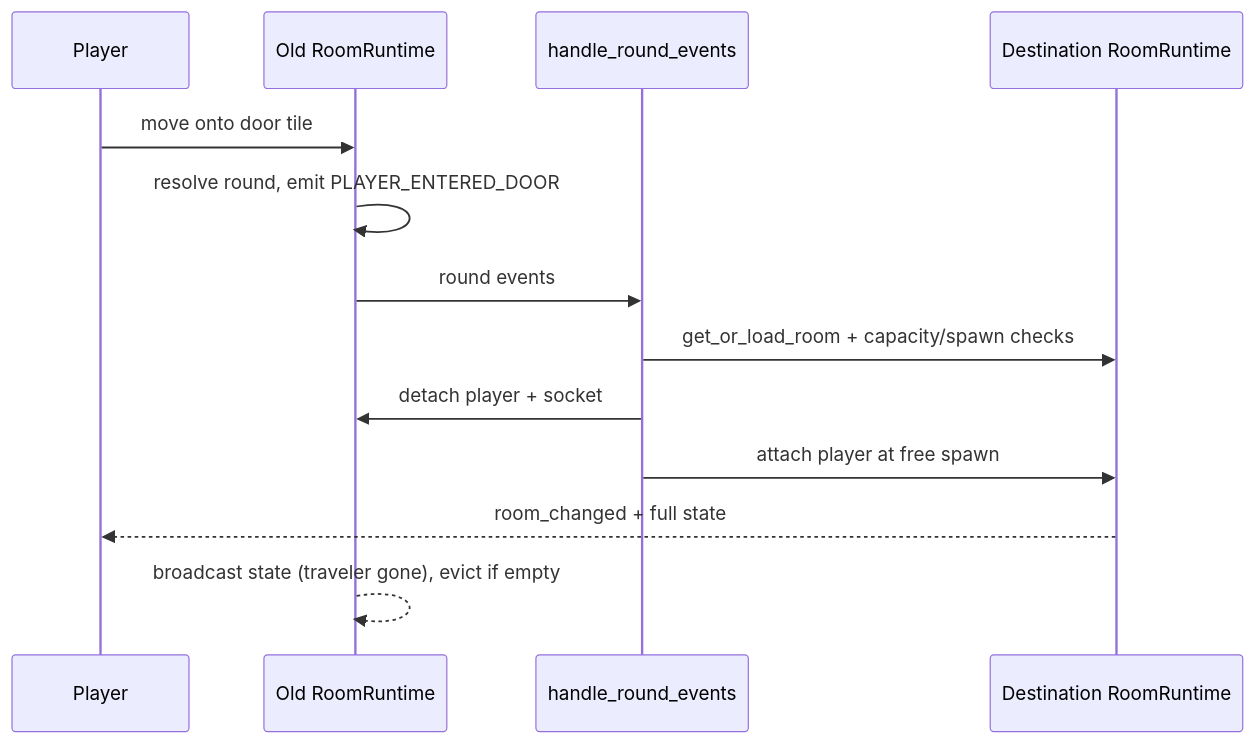
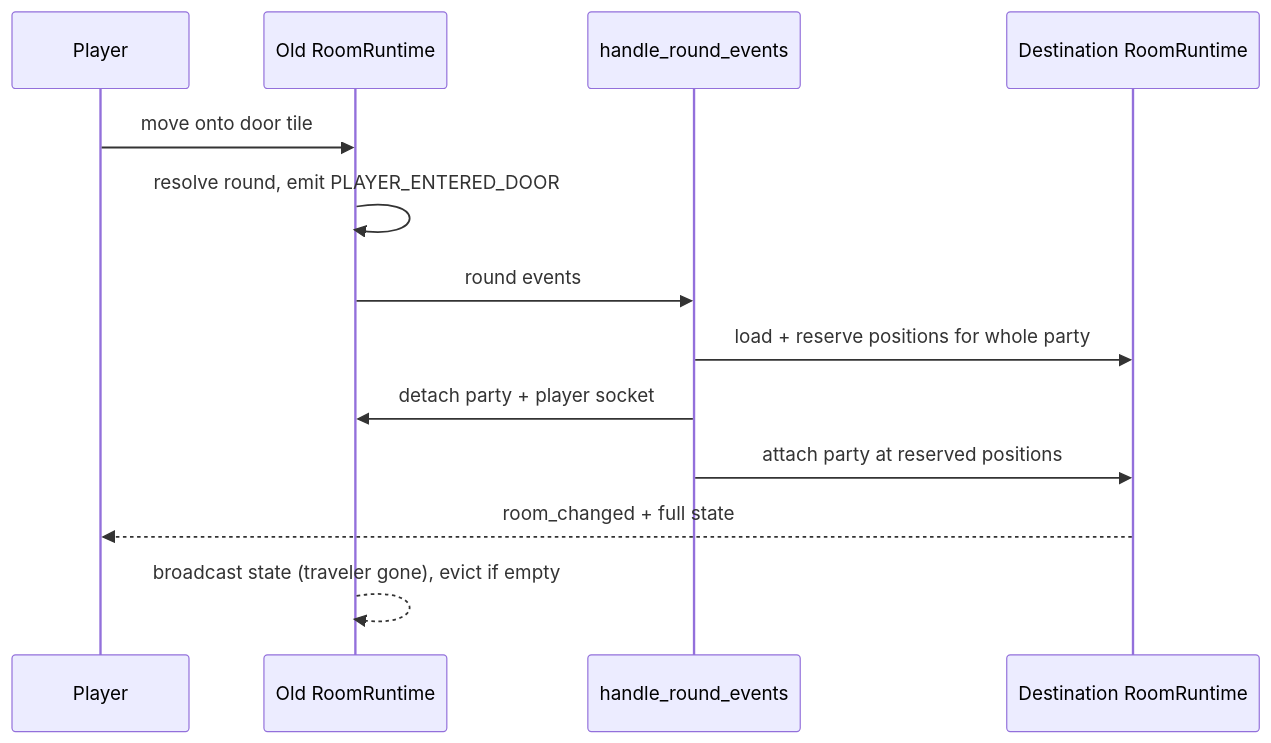
The fifth of 8 diagrams in docs/ARCHITECTURE.md (GoldenWind8/roguelike-mvp), drawn with Mermaid before and after one commit. The commit also changed other lines of this file and 38 other files, not shown here.

````diff
--- a/docs/ARCHITECTURE.md
+++ b/docs/ARCHITECTURE.md
@@ -249,16 +252,16 @@
 ```mermaid
 sequenceDiagram
     participant P as Player
     participant Old as Old RoomRuntime
     participant Edge as handle_round_events
     participant New as Destination RoomRuntime
 
     P->>Old: move onto door tile
     Old->>Old: resolve round, emit PLAYER_ENTERED_DOOR
     Old->>Edge: round events
-    Edge->>New: get_or_load_room + capacity/spawn checks
-    Edge->>Old: detach player + socket
-    Edge->>New: attach player at free spawn
+    Edge->>New: load + reserve positions for whole party
+    Edge->>Old: detach party + player socket
+    Edge->>New: attach party at reserved positions
     New-->>P: room_changed + full state
     Old-->>Old: broadcast state (traveler gone), evict if empty
 ```
````
